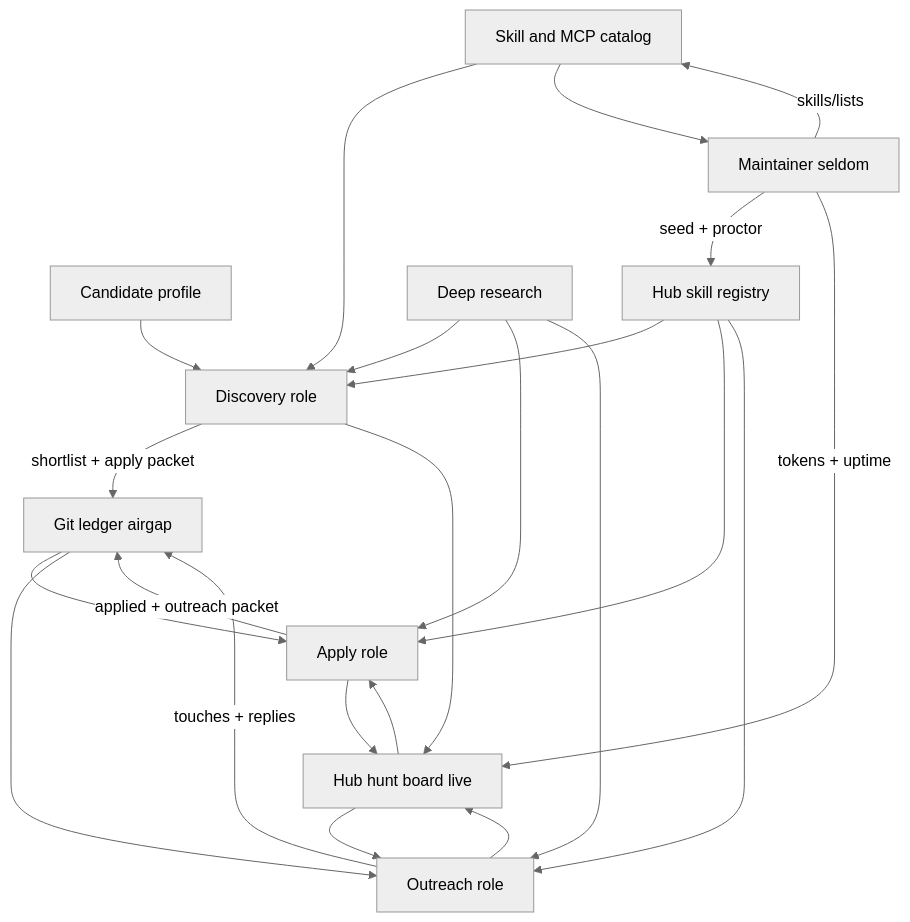
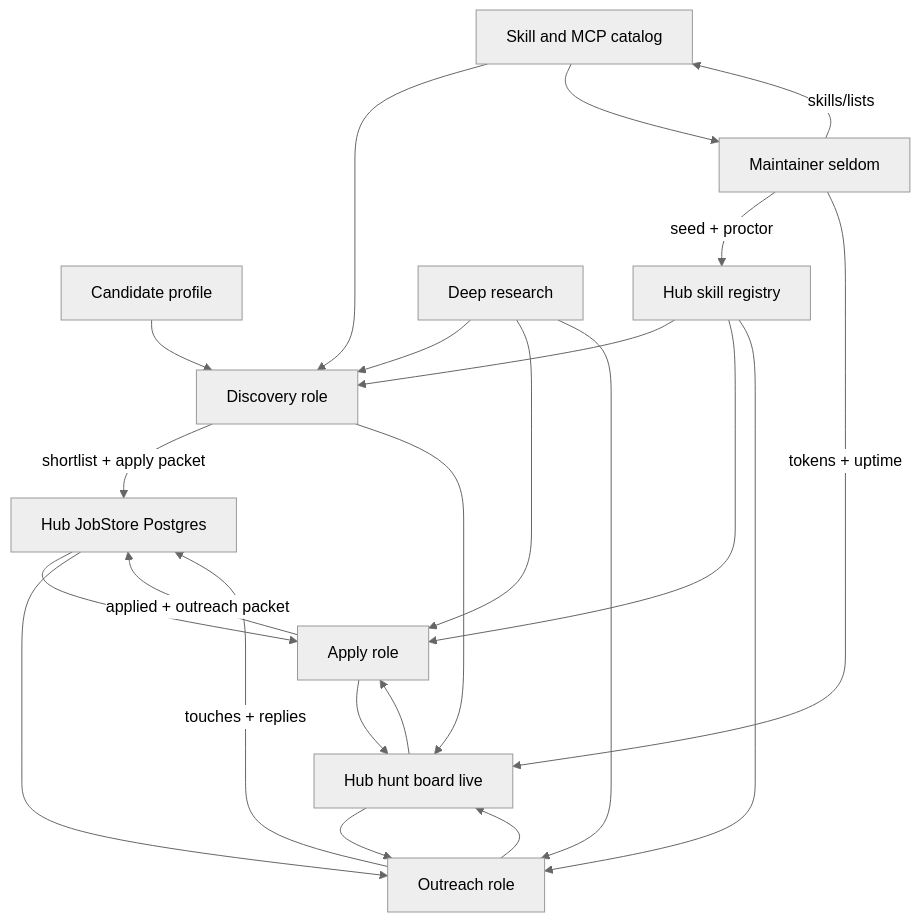
Before and after one commit to unownone/jobos: the diagram in README.md, drawn with Mermaid (neutral theme). The commit also changed other lines of this file and 15 other files, not shown here.

First line of the commit message:
Replace git-ledger docs with Hub JobStore as the live list.

````diff
--- a/README.md
+++ b/README.md
@@ -85,36 +85,36 @@
 ```mermaid
 flowchart TD
   profile[Candidate profile]
   catalog[Skill and MCP catalog]
   registry[Hub skill registry]
   research[Deep research]
   discovery[Discovery role]
-  ledger[Git ledger airgap]
+  store[Hub JobStore Postgres]
   board[Hub hunt board live]
   apply[Apply role]
   outreach[Outreach role]
   maintainer[Maintainer seldom]
 
   profile --> discovery
   catalog --> discovery
   catalog --> maintainer
   registry --> discovery
   registry --> apply
   registry --> outreach
   maintainer -->|"skills/lists"| catalog
   maintainer -->|"seed + proctor"| registry
   maintainer -->|"tokens + uptime"| board
   research --> discovery
   research --> apply
   research --> outreach
-  discovery -->|"shortlist + apply packet"| ledger
+  discovery -->|"shortlist + apply packet"| store
   discovery --> board
-  ledger --> apply
+  store --> apply
   board --> apply
-  apply -->|"applied + outreach packet"| ledger
+  apply -->|"applied + outreach packet"| store
   apply --> board
-  ledger --> outreach
+  store --> outreach
   board --> outreach
-  outreach -->|"touches + replies"| ledger
+  outreach -->|"touches + replies"| store
   outreach --> board
 ```
````
